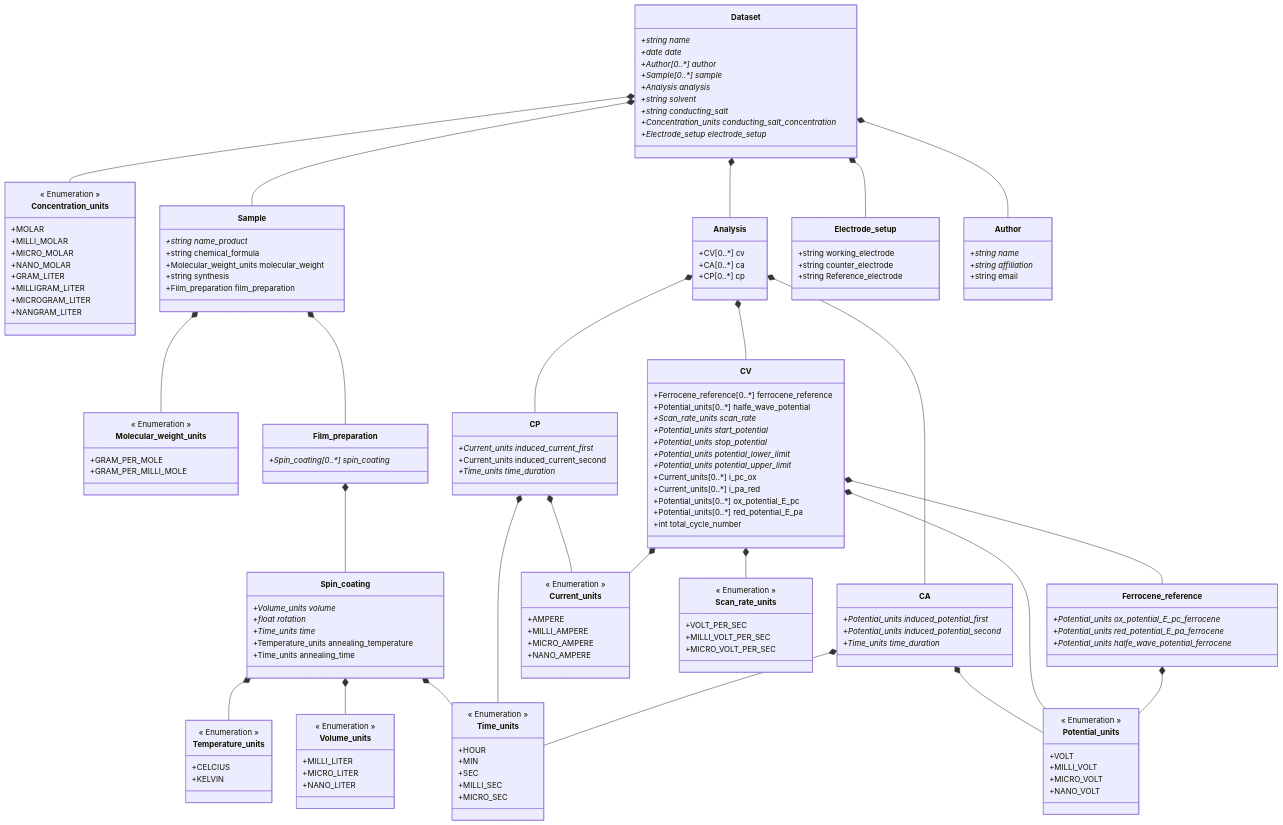
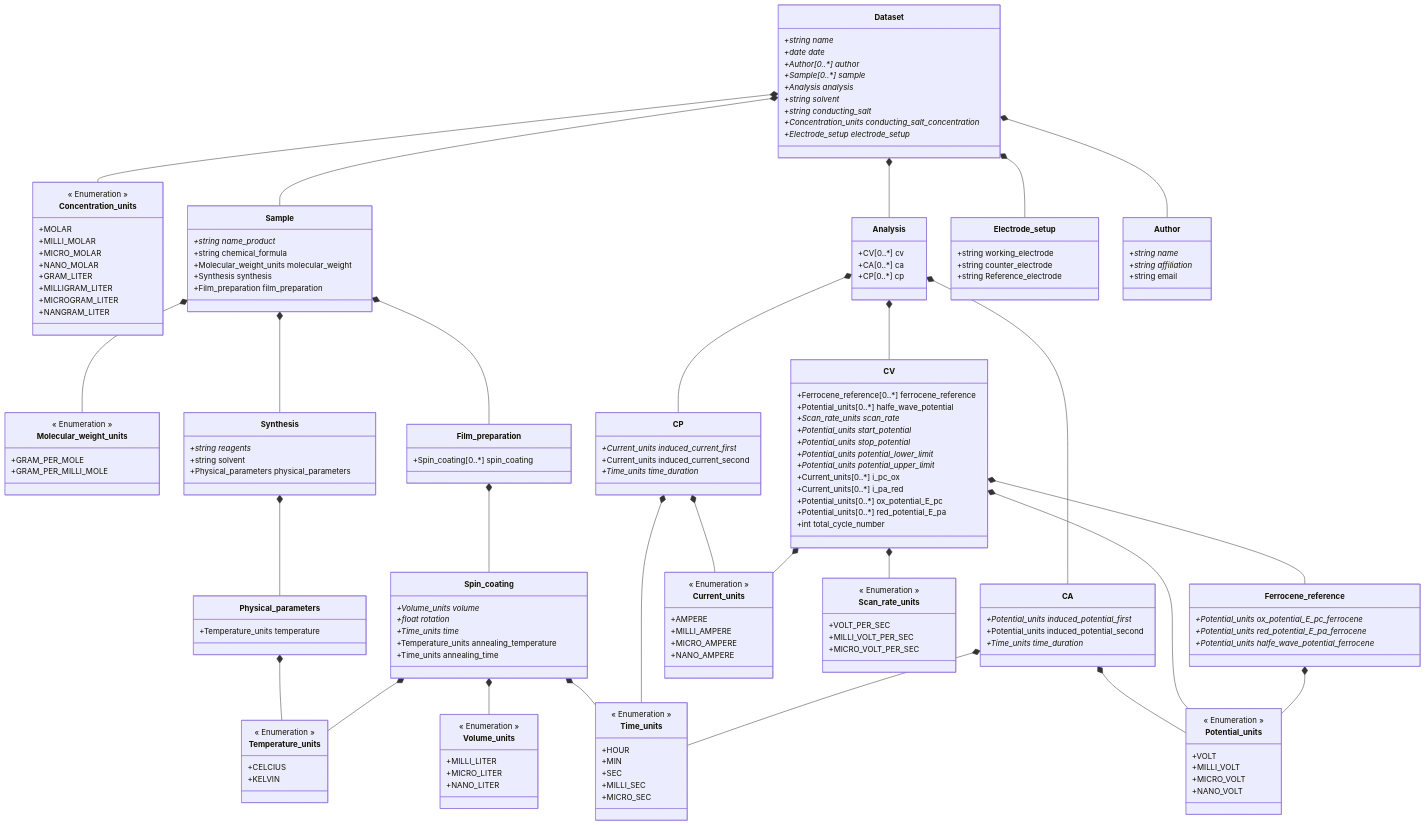
The diagram in ElectrochemistryDataModel/schemes/electrochemistrydatamodel_schema.md (FAIRChemistry/datamodel-electrochemistry), drawn with Mermaid before and after one commit. The commit also changed 14 other files, not shown here.

```diff
--- a/ElectrochemistryDataModel/schemes/electrochemistrydatamodel_schema.md
+++ b/ElectrochemistryDataModel/schemes/electrochemistrydatamodel_schema.md
@@ -6,7 +6,10 @@
     Dataset *-- Electrode_setup
     Dataset *-- Author
     Sample *-- Molecular_weight_units
+    Sample *-- Synthesis
     Sample *-- Film_preparation
+    Synthesis *-- Physical_parameters
+    Physical_parameters *-- Temperature_units
     Film_preparation *-- Spin_coating
     Spin_coating *-- Temperature_units
     Spin_coating *-- Volume_units
@@ -40,12 +43,22 @@
         +string name_product*
         +string chemical_formula
         +Molecular_weight_units molecular_weight
-        +string synthesis
+        +Synthesis synthesis
         +Film_preparation film_preparation
     }
     
+    class Synthesis {
+        +string reagents*
+        +string solvent
+        +Physical_parameters physical_parameters
+    }
+    
+    class Physical_parameters {
+        +Temperature_units temperature
+    }
+    
     class Film_preparation {
-        +Spin_coating[0..*] spin_coating*
+        +Spin_coating[0..*] spin_coating
     }
     
     class Spin_coating {
@@ -70,7 +83,7 @@
     
     class CA {
         +Potential_units induced_potential_first*
-        +Potential_units induced_potential_second*
+        +Potential_units induced_potential_second
         +Time_units time_duration*
     }
     
```
